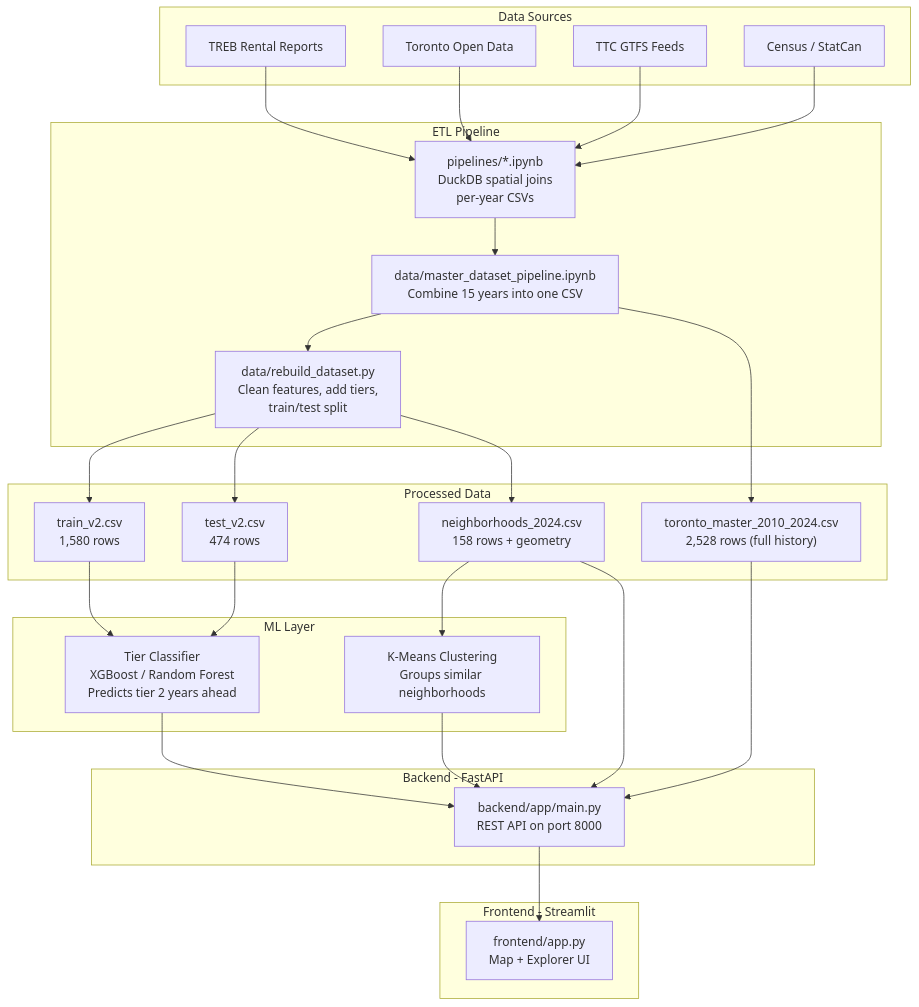
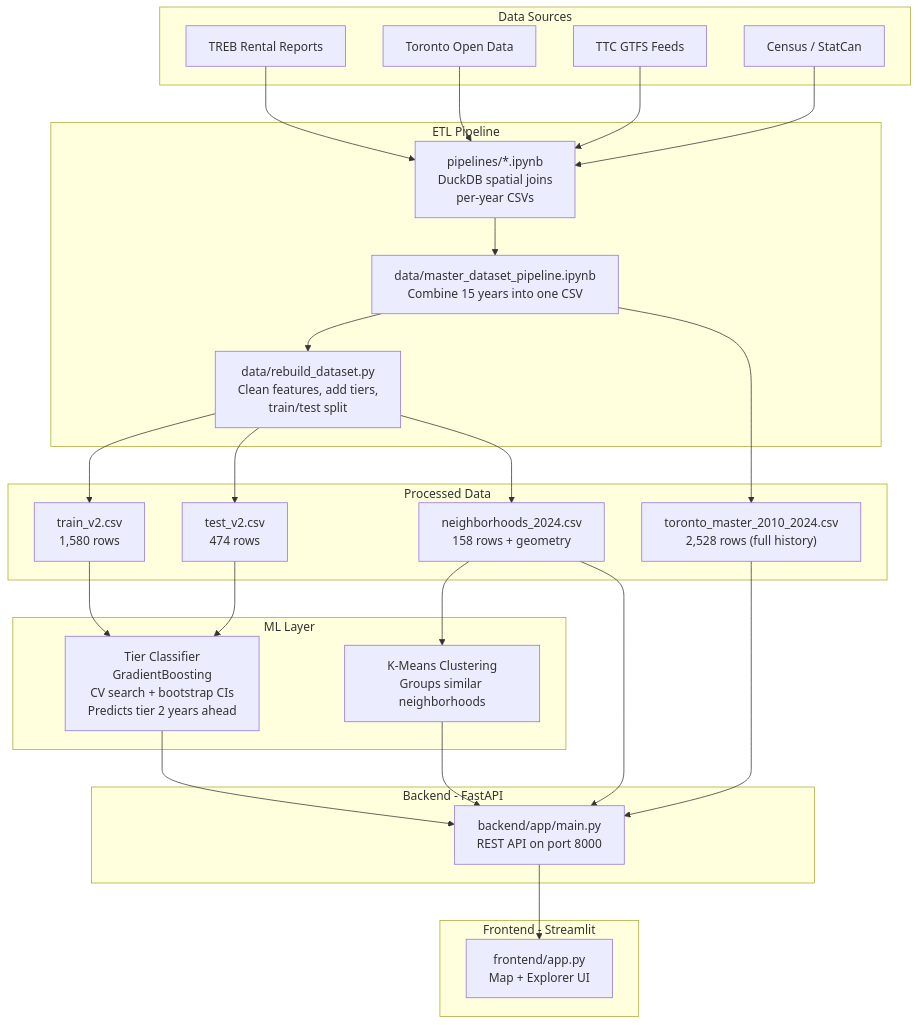
Before and after one commit to Western-Artificial-Intelligence/condo-cost-predictor: the first of 5 diagrams in ARCHITECTURE.md, drawn with Mermaid. The commit also changed other lines of this file and 2 other files, not shown here.

First line of the commit message:
update docs with GradientBoosting results, CIs, and experiment report

````diff
--- a/ARCHITECTURE.md
+++ b/ARCHITECTURE.md
@@ -20,54 +20,54 @@
 ```mermaid
 graph TB
     subgraph dataSources [Data Sources]
         TREB[TREB Rental Reports]
         OpenData[Toronto Open Data]
         TTC[TTC GTFS Feeds]
         Census[Census / StatCan]
     end
 
     subgraph etlPipeline [ETL Pipeline]
         YearPipelines["pipelines/*.ipynb<br/>DuckDB spatial joins<br/>per-year CSVs"]
         MasterPipeline["data/master_dataset_pipeline.ipynb<br/>Combine 15 years into one CSV"]
         RebuildScript["data/rebuild_dataset.py<br/>Clean features, add tiers,<br/>train/test split"]
     end
 
     subgraph processedData [Processed Data]
         TrainCSV["train_v2.csv<br/>1,580 rows"]
         TestCSV["test_v2.csv<br/>474 rows"]
         SnapshotCSV["neighborhoods_2024.csv<br/>158 rows + geometry"]
         MasterCSV["toronto_master_2010_2024.csv<br/>2,528 rows (full history)"]
     end
 
     subgraph mlLayer [ML Layer]
-        TierModel["Tier Classifier<br/>XGBoost / Random Forest<br/>Predicts tier 2 years ahead"]
+        TierModel["Tier Classifier<br/>GradientBoosting<br/>CV search + bootstrap CIs<br/>Predicts tier 2 years ahead"]
         Clustering["K-Means Clustering<br/>Groups similar neighborhoods"]
     end
 
     subgraph backendLayer [Backend - FastAPI]
         API["backend/app/main.py<br/>REST API on port 8000"]
     end
 
     subgraph frontendLayer [Frontend - Streamlit]
         App["frontend/app.py<br/>Map + Explorer UI"]
     end
 
     TREB --> YearPipelines
     OpenData --> YearPipelines
     TTC --> YearPipelines
     Census --> YearPipelines
     YearPipelines --> MasterPipeline
     MasterPipeline --> RebuildScript
     RebuildScript --> TrainCSV
     RebuildScript --> TestCSV
     RebuildScript --> SnapshotCSV
     MasterPipeline --> MasterCSV
     TrainCSV --> TierModel
     TestCSV --> TierModel
     SnapshotCSV --> Clustering
     TierModel --> API
     Clustering --> API
     SnapshotCSV --> API
     MasterCSV --> API
     API --> App
 ```
````
